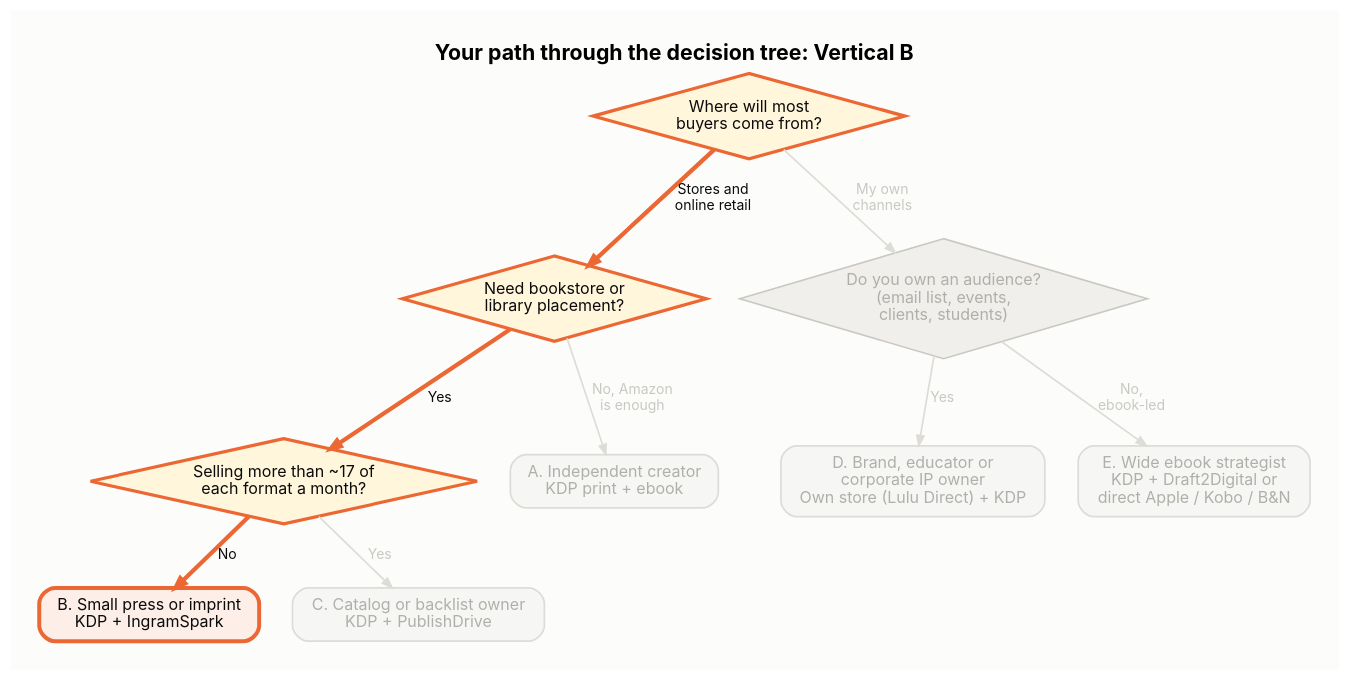
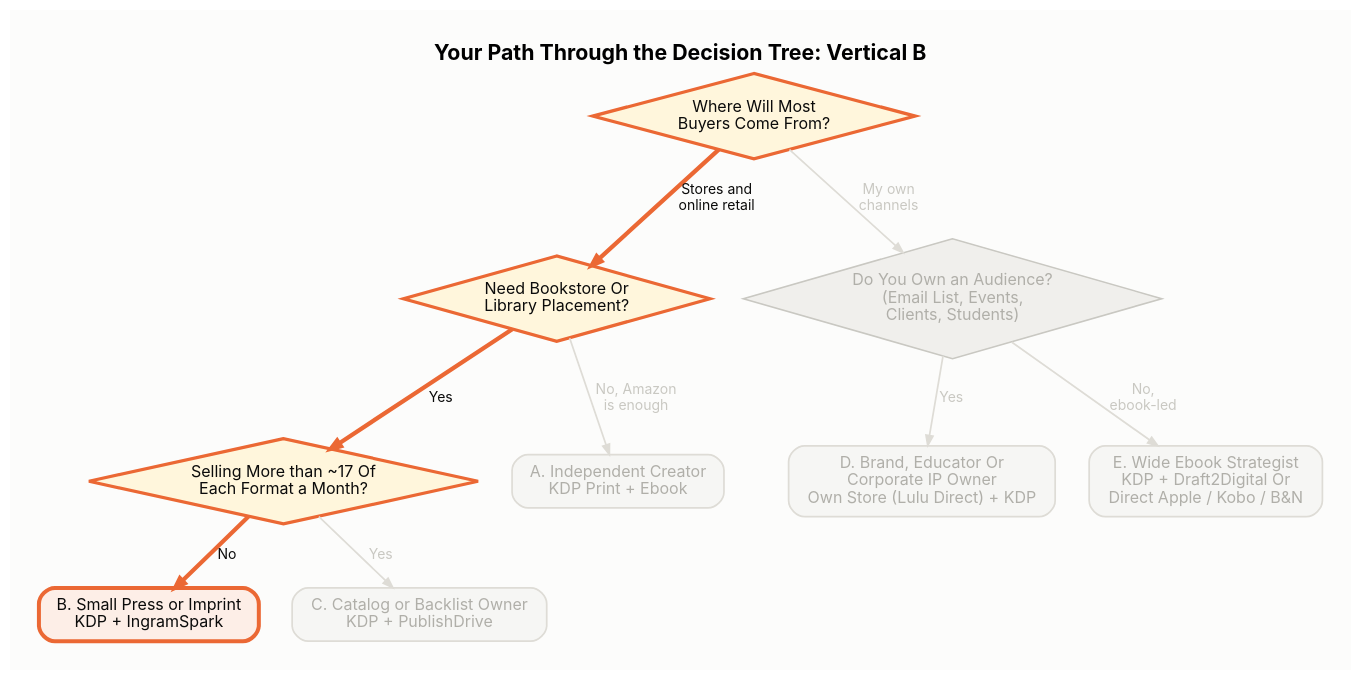
The diagram in diagrams/d2_path_B.dot (ShamarRobinson/ip-distribution-decision-verticals), drawn with Graphviz before and after one commit. The commit also changed 130 other files, not shown here.

```diff
--- a/diagrams/d2_path_B.dot
+++ b/diagrams/d2_path_B.dot
@@ -1,37 +1,37 @@
 digraph G { rankdir=TB; bgcolor="#fcfcfb"; pad=0.3; nodesep=0.35; ranksep=0.5;
-labelloc=t; label=<<b>Your path through the decision tree: Vertical B</b>>; fontname="Inter"; fontsize=16;
+labelloc=t; label=<<b>Your Path Through the Decision Tree: Vertical B</b>>; fontname="Inter"; fontsize=16;
 node [fontname="Inter", fontsize=12, penwidth=1.3]; edge [fontname="Inter", fontsize=10.5, arrowsize=0.75];
-q1 [label="Where will most
-buyers come from?", shape=diamond, style=filled, fillcolor="#fff6dc", color="#eb6834", fontcolor="#0b0b0b", margin="0.04,0.04", penwidth=2.4];
-q2 [label="Need bookstore or
-library placement?", shape=diamond, style=filled, fillcolor="#fff6dc", color="#eb6834", fontcolor="#0b0b0b", margin="0.04,0.04", penwidth=2.4];
-q3 [label="Selling more than ~17 of
-each format a month?", shape=diamond, style=filled, fillcolor="#fff6dc", color="#eb6834", fontcolor="#0b0b0b", margin="0.04,0.04", penwidth=2.4];
-q4 [label="Do you own an audience?
-(email list, events,
-clients, students)", shape=diamond, style=filled, fillcolor="#f0efec", color="#c9c8c2", fontcolor="#b0afa9", margin="0.04,0.04", penwidth=1.2];
-A [label="A. Independent creator
-KDP print + ebook", shape=box, style="rounded,filled", fillcolor="#f6f6f4", color="#dedcd6", fontcolor="#b0afa9", margin="0.18,0.1", penwidth=1.3];
-B [label="B. Small press or imprint
+q1 [label="Where Will Most
+Buyers Come From?", shape=diamond, style=filled, fillcolor="#fff6dc", color="#eb6834", fontcolor="#0b0b0b", margin="0.04,0.04", penwidth=2.4];
+q2 [label="Need Bookstore Or
+Library Placement?", shape=diamond, style=filled, fillcolor="#fff6dc", color="#eb6834", fontcolor="#0b0b0b", margin="0.04,0.04", penwidth=2.4];
+q3 [label="Selling More than ~17 Of
+Each Format a Month?", shape=diamond, style=filled, fillcolor="#fff6dc", color="#eb6834", fontcolor="#0b0b0b", margin="0.04,0.04", penwidth=2.4];
+q4 [label="Do You Own an Audience?
+(Email List, Events,
+Clients, Students)", shape=diamond, style=filled, fillcolor="#f0efec", color="#c9c8c2", fontcolor="#b0afa9", margin="0.04,0.04", penwidth=1.2];
+A [label="A. Independent Creator
+KDP Print + Ebook", shape=box, style="rounded,filled", fillcolor="#f6f6f4", color="#dedcd6", fontcolor="#b0afa9", margin="0.18,0.1", penwidth=1.3];
+B [label="B. Small Press or Imprint
 KDP + IngramSpark", shape=box, style="rounded,filled", fillcolor="#fdeee7", color="#eb6834", fontcolor="#0b0b0b", margin="0.18,0.1", penwidth=3];
-C [label="C. Catalog or backlist owner
+C [label="C. Catalog or Backlist Owner
 KDP + PublishDrive", shape=box, style="rounded,filled", fillcolor="#f6f6f4", color="#dedcd6", fontcolor="#b0afa9", margin="0.18,0.1", penwidth=1.3];
-D [label="D. Brand, educator or
-corporate IP owner
-Own store (Lulu Direct) + KDP", shape=box, style="rounded,filled", fillcolor="#f6f6f4", color="#dedcd6", fontcolor="#b0afa9", margin="0.18,0.1", penwidth=1.3];
-E [label="E. Wide ebook strategist
-KDP + Draft2Digital or
-direct Apple / Kobo / B&N", shape=box, style="rounded,filled", fillcolor="#f6f6f4", color="#dedcd6", fontcolor="#b0afa9", margin="0.18,0.1", penwidth=1.3];
+D [label="D. Brand, Educator Or
+Corporate IP Owner
+Own Store (Lulu Direct) + KDP", shape=box, style="rounded,filled", fillcolor="#f6f6f4", color="#dedcd6", fontcolor="#b0afa9", margin="0.18,0.1", penwidth=1.3];
+E [label="E. Wide Ebook Strategist
+KDP + Draft2Digital Or
+Direct Apple / Kobo / B&N", shape=box, style="rounded,filled", fillcolor="#f6f6f4", color="#dedcd6", fontcolor="#b0afa9", margin="0.18,0.1", penwidth=1.3];
 q1 -> q2 [label="Stores and
 online retail", color="#eb6834", fontcolor="#0b0b0b", penwidth=3.2];
 q1 -> q4 [label="My own
 channels", color="#dedcd6", fontcolor="#c9c8c2", penwidth=1.3];
 q2 -> A [label="No, Amazon
 is enough", color="#dedcd6", fontcolor="#c9c8c2", penwidth=1.3];
 q2 -> q3 [label="Yes", color="#eb6834", fontcolor="#0b0b0b", penwidth=3.2];
 q3 -> B [label="No", color="#eb6834", fontcolor="#0b0b0b", penwidth=3.2];
 q3 -> C [label="Yes", color="#dedcd6", fontcolor="#c9c8c2", penwidth=1.3];
 q4 -> D [label="Yes", color="#dedcd6", fontcolor="#c9c8c2", penwidth=1.3];
 q4 -> E [label="No,
 ebook-led", color="#dedcd6", fontcolor="#c9c8c2", penwidth=1.3];
 }
```
